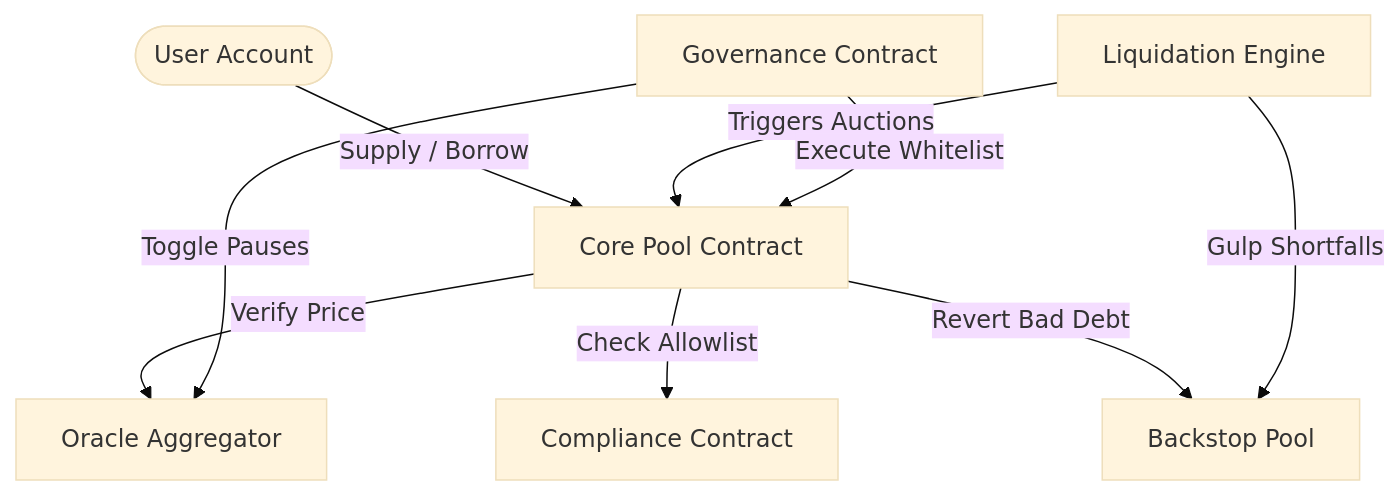
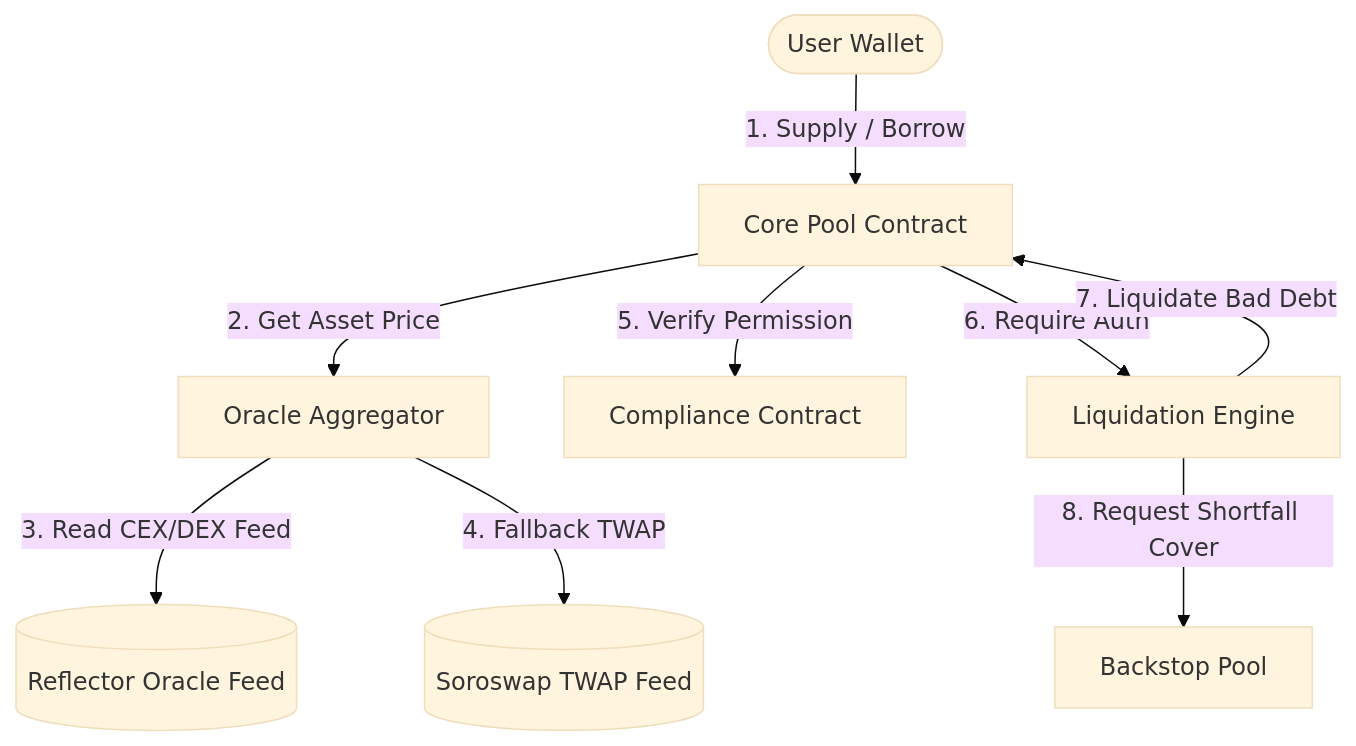
The first of 5 diagrams in README.md (mesayanroy/Ergo-Protocol), drawn with Mermaid (base theme) before and after one commit. The commit also changed other lines of this file and 33 other files, not shown here.

Commit message:
Server/routes/ts/contracts on mainnet- 6/ testnet & mainnet contracts deployment/ Oracle fixes Reflector/ DEX TWAP

````diff
--- a/README.md
+++ b/README.md
@@ -15,11 +30,11 @@
 ```mermaid
 graph TD
-    User([User Account]) -->|Supply / Borrow| CorePool[Core Pool Contract]
-    CorePool -->|Verify Price| OracleAggregator[Oracle Aggregator]
-    CorePool -->|Check Allowlist| Compliance[Compliance Contract]
-    CorePool -->|Revert Bad Debt| Backstop[Backstop Pool]
-    LiquidationEngine[Liquidation Engine] -->|Triggers Auctions| CorePool
-    LiquidationEngine -->|Gulp Shortfalls| Backstop
-    Governance[Governance Contract] -->|Execute Whitelist| CorePool
-    Governance -->|Toggle Pauses| OracleAggregator
+    User([User Wallet]) -->|1. Supply / Borrow| CorePool[Core Pool Contract]
+    CorePool -->|2. Get Asset Price| Oracle[Oracle Aggregator]
+    Oracle -->|3. Read CEX/DEX Feed| Reflector[(Reflector Oracle Feed)]
+    Oracle -->|4. Fallback TWAP| Soroswap[(Soroswap TWAP Feed)]
+    CorePool -->|5. Verify Permission| Compliance[Compliance Contract]
+    CorePool -->|6. Require Auth| LiquidationEngine[Liquidation Engine]
+    LiquidationEngine -->|7. Liquidate Bad Debt| CorePool
+    LiquidationEngine -->|8. Request Shortfall Cover| Backstop[Backstop Pool]
 ```
````
